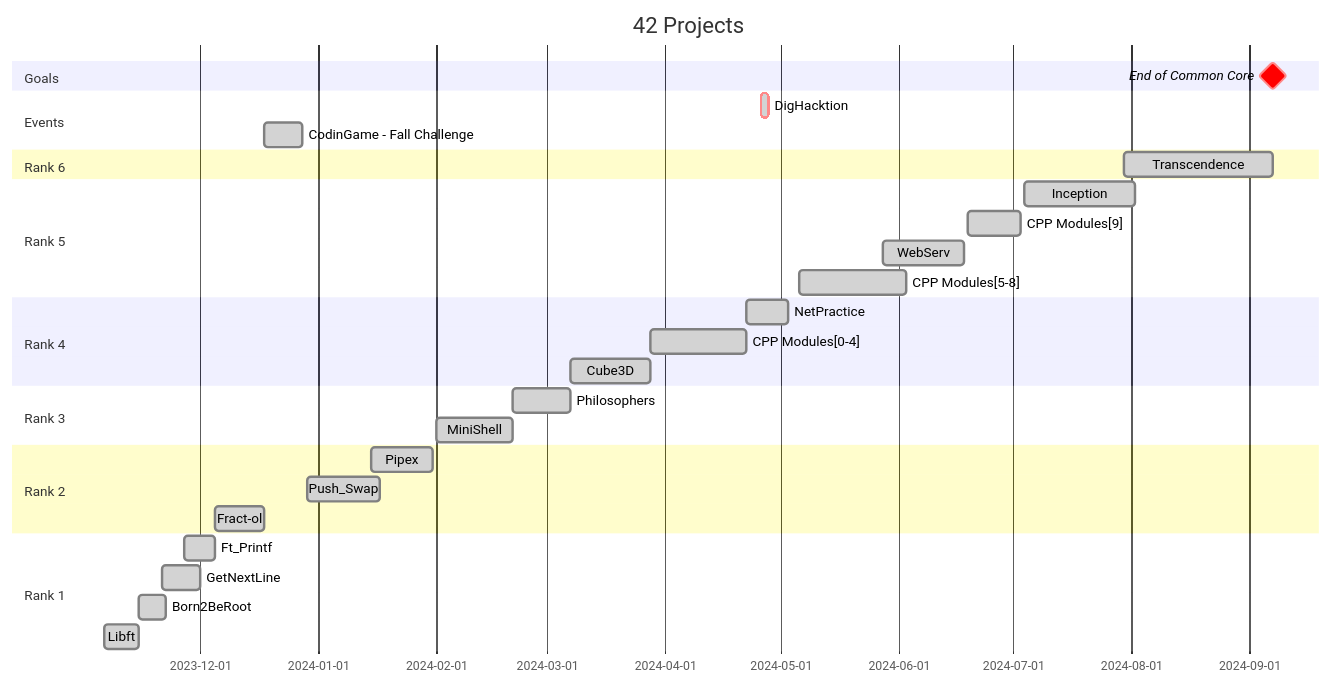
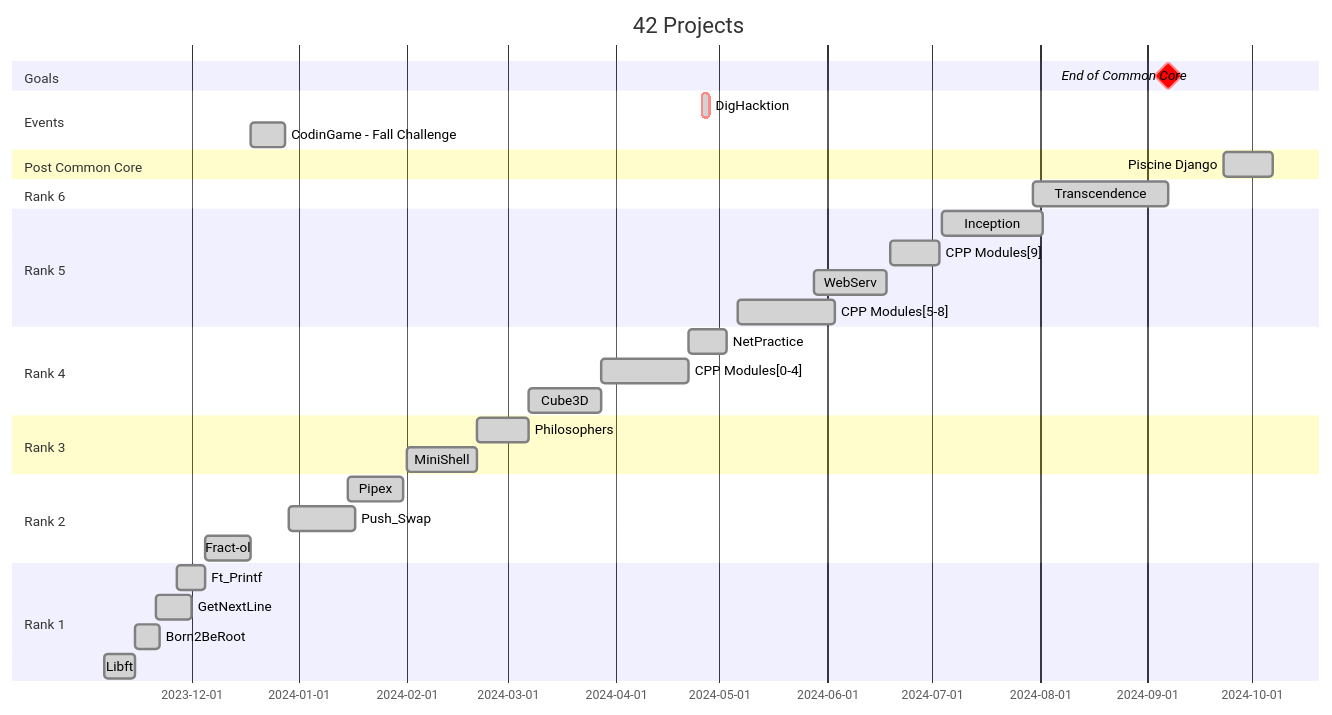
Before and after one commit to Tablerase/42_Projects: the diagram in README.md, drawn with Mermaid. The commit also changed 5 other files, not shown here.

````diff
--- a/README.md
+++ b/README.md
@@ -93,41 +93,44 @@
 ```mermaid
 gantt
     title 42 Projects
     dateFormat  YYYY-MM-DD
 
     section Goals
     End of Common Core : milestone, crit, m1, 2024-09-07, 2024-09-07
 
     section Events
     DigHacktion : crit, done, 2024-04-26, 2024-04-28
     CodinGame - Fall Challenge : done, 2023-12-18, 2023-12-28
+
+    section Post Common Core
+    Piscine Django : done, 2024-09-23, 2w
 
     section Rank 6
     Transcendence : done, 2024-07-30, 2024-09-07
 
     section Rank 5
     Inception : done, 2024-07-04, 2024-08-02
     CPP Modules[9] : done, 2024-06-19, 2024-07-03
     WebServ : done, 2024-05-28, 2024-06-18
     CPP Modules[5-8] : done, 2024-05-06, 4w
 
     section Rank 4
     NetPractice : done, 2024-04-22, 2024-05-03
     CPP Modules[0-4] : done, 2024-03-28, 2024-04-22
     Cube3D :done, 2024-03-07, 2024-03-28
   
     section Rank 3
     Philosophers :done, 2024-02-21, 2024-03-07
     MiniShell :done, 2024-02-01, 2024-02-21
 
     section Rank 2
     Pipex :done, 2024-01-15, 2024-01-31
     Push_Swap :done, 2023-12-29, 2024-01-17
     Fract-ol :done, 2023-12-05, 2023-12-18
 
     section Rank 1
     Ft_Printf :done, 2023-11-27, 2023-12-05
     GetNextLine :done, 2023-11-21, 2023-12-01
     Born2BeRoot :done, 2023-11-15, 2023-11-22
     Libft :done, 2023-11-06, 2023-11-15
 ```
````
